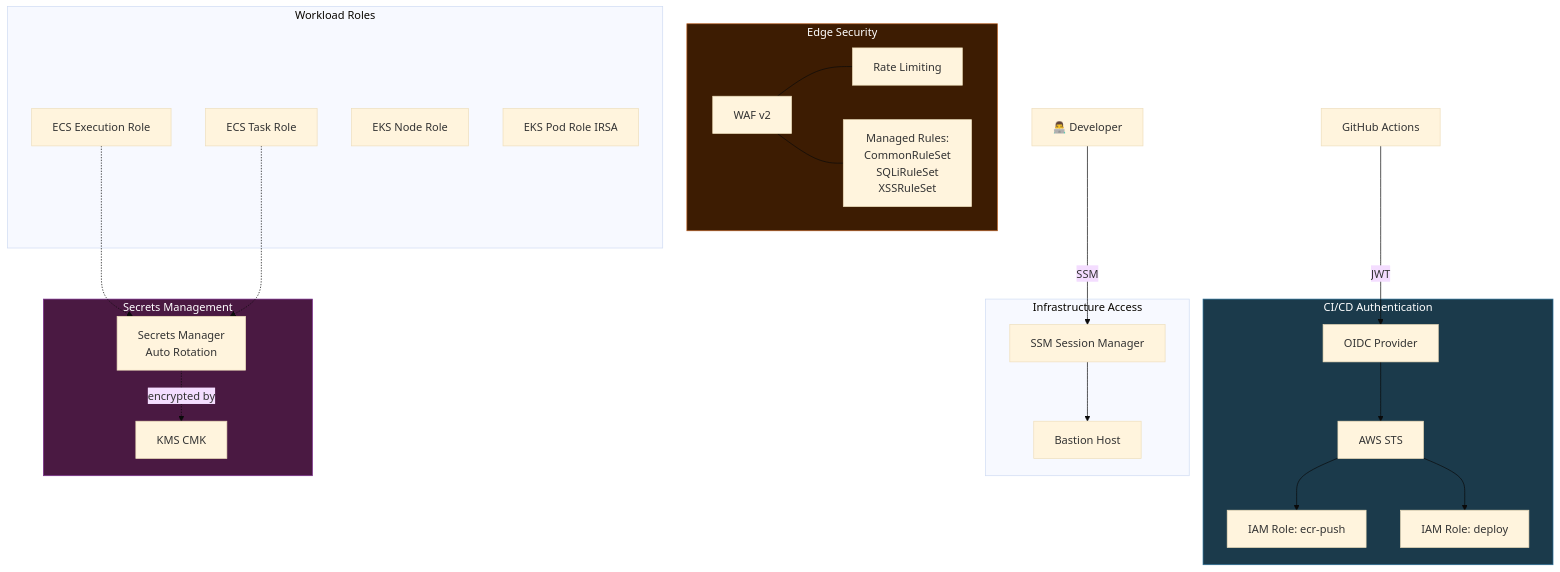
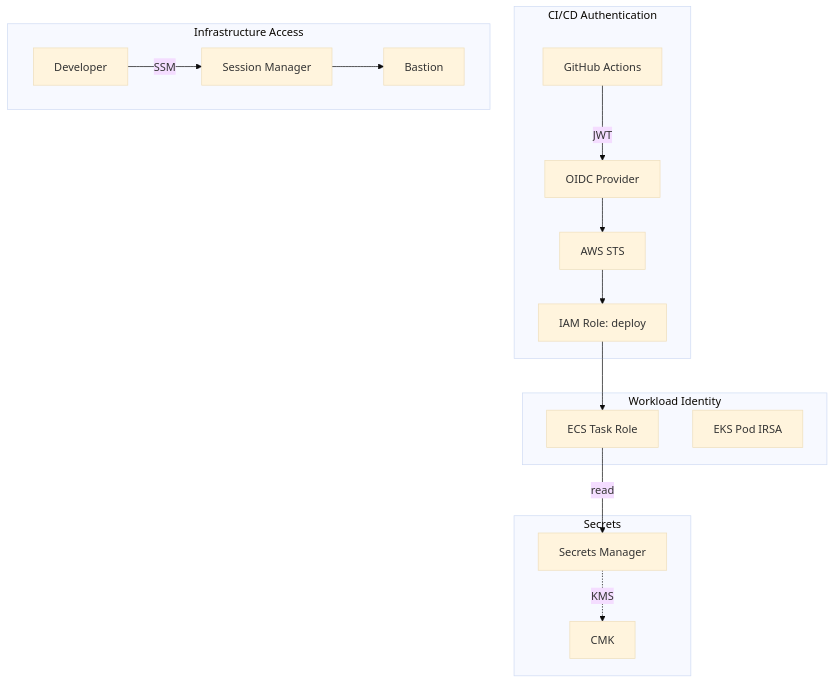
One commit to Mark-Zagob/observability-sample-v2 changed the fifth of 6 diagrams in terraform/ARCHITECTURE.md. Above: the diagram before and after it, drawn with Mermaid (base theme). The commit also changed other lines of this file and 3 other files, not shown here.

````diff
--- a/terraform/ARCHITECTURE.md
+++ b/terraform/ARCHITECTURE.md
@@ -250,45 +214,25 @@
 ```mermaid
 graph TB
-    DEV["👨‍💻 Developer"]
-    GHA["GitHub Actions"]
-
     subgraph AUTH["CI/CD Authentication"]
-        OIDC["OIDC Provider"]
-        STS["AWS STS"]
-        IAM_ECR["IAM Role: ecr-push"]
-        IAM_DEP["IAM Role: deploy"]
-    end
-
-    subgraph EDGE_SEC["Edge Security"]
-        WAF2["WAF v2"]
-        RATE["Rate Limiting"]
-        MANAGED["Managed Rules:<br/>CommonRuleSet<br/>SQLiRuleSet<br/>XSSRuleSet"]
+        GHA["GitHub Actions"] -->|JWT| OIDC["OIDC Provider"]
+        OIDC --> STS["AWS STS"]
+        STS --> IAM_DEP["IAM Role: deploy"]
     end
 
     subgraph ACCESS["Infrastructure Access"]
-        SSM_SM["SSM Session Manager"]
-        BAST["Bastion Host"]
+        DEV["Developer"] -->|SSM| SSM["Session Manager"]
+        SSM --> BAST["Bastion"]
     end
 
-    subgraph SECRETS["Secrets Management"]
-        SM["Secrets Manager<br/>Auto Rotation"]
-        KMS2["KMS CMK"]
+    subgraph WORKLOAD["Workload Identity"]
+        ECS_TASK["ECS Task Role"]
+        EKS_IRSA["EKS Pod IRSA"]
     end
 
-    subgraph ROLES["Workload Roles"]
-        ECS_EXEC["ECS Execution Role"]
-        ECS_TASK["ECS Task Role"]
-        EKS_NODE["EKS Node Role"]
-        EKS_IRSA["EKS Pod Role IRSA"]
+    subgraph SECRETS["Secrets"]
+        SM["Secrets Manager"] -.->|KMS| KMS["CMK"]
     end
 
-    GHA -->|"JWT"| OIDC --> STS --> IAM_ECR & IAM_DEP
-    DEV -->|"SSM"| SSM_SM --> BAST
-    WAF2 --- RATE & MANAGED
-    SM -.->|"encrypted by"| KMS2
-    ECS_EXEC & ECS_TASK -.-> SM
-
-    style AUTH fill:#1b3a4b,stroke:#2a6f97,color:#fff
-    style EDGE_SEC fill:#3d1c02,stroke:#b85c1e,color:#fff
-    style SECRETS fill:#4a1942,stroke:#7b2d8e,color:#fff
+    IAM_DEP --> ECS_TASK
+    ECS_TASK -->|read| SM
 ```
````
